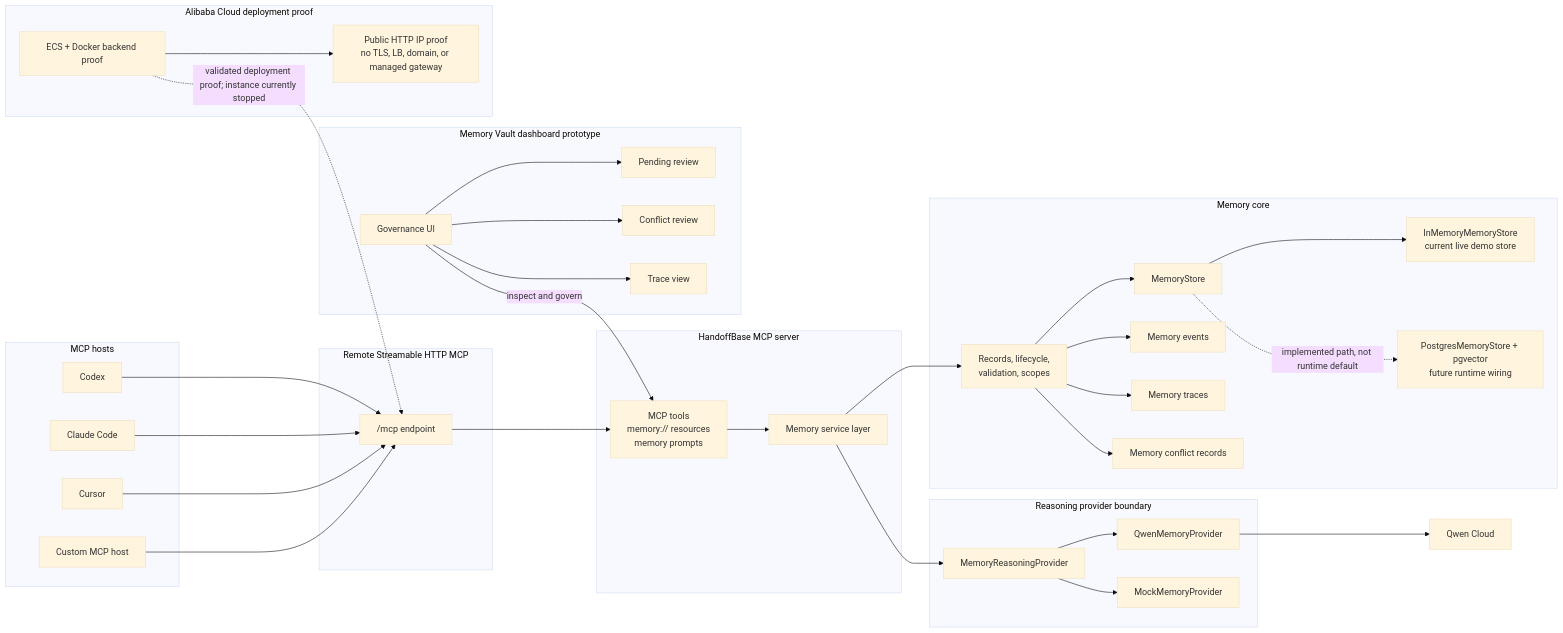
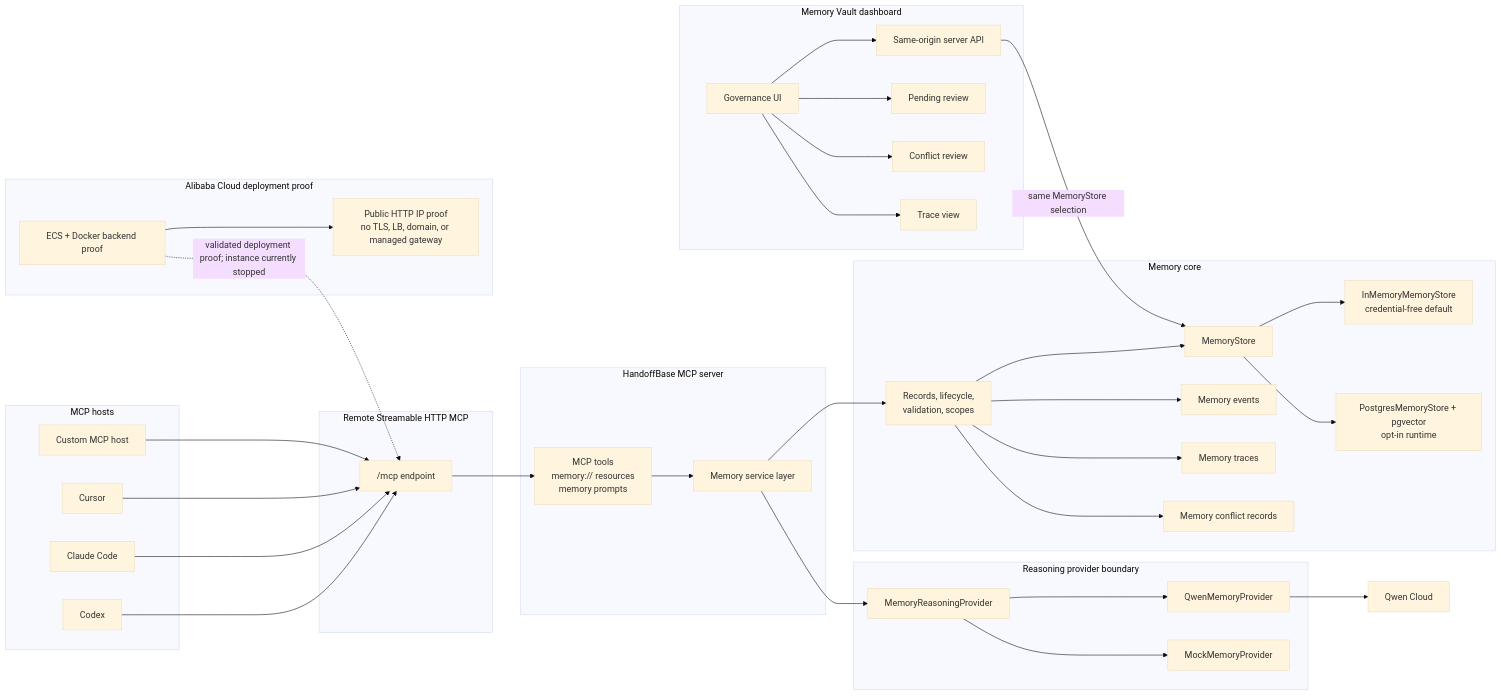
One commit to jensonChow/handoffbase changed the diagram in docs/architecture.md. Above: the diagram before and after it, drawn with Mermaid (base theme). The commit also changed other lines of this file and 55 other files, not shown here.

````diff
--- a/docs/architecture.md
+++ b/docs/architecture.md
@@ -17,74 +18,76 @@
 ```mermaid
 flowchart LR
   subgraph Hosts["MCP hosts"]
     Codex["Codex"]
     Claude["Claude Code"]
     Cursor["Cursor"]
     Custom["Custom MCP host"]
   end
 
   subgraph Remote["Remote Streamable HTTP MCP"]
     Endpoint["/mcp endpoint"]
   end
 
   subgraph ServerLayer["HandoffBase MCP server"]
     Surface["MCP tools<br/>memory:// resources<br/>memory prompts"]
     Service["Memory service layer"]
   end
 
   subgraph ProviderLayer["Reasoning provider boundary"]
     ProviderBoundary["MemoryReasoningProvider"]
     QwenProvider["QwenMemoryProvider"]
     MockProvider["MockMemoryProvider"]
   end
 
   subgraph CoreLayer["Memory core"]
     Core["Records, lifecycle,<br/>validation, scopes"]
     Store["MemoryStore"]
-    InMemory["InMemoryMemoryStore<br/>current live demo store"]
-    Postgres["PostgresMemoryStore + pgvector<br/>future runtime wiring"]
+    InMemory["InMemoryMemoryStore<br/>credential-free default"]
+    Postgres["PostgresMemoryStore + pgvector<br/>opt-in runtime"]
     Events["Memory events"]
     Trace["Memory traces"]
     Conflicts["Memory conflict records"]
   end
 
-  subgraph DashboardLayer["Memory Vault dashboard prototype"]
+  subgraph DashboardLayer["Memory Vault dashboard"]
     Dashboard["Governance UI"]
+    DashboardAPI["Same-origin server API"]
     Pending["Pending review"]
     ConflictReview["Conflict review"]
     TraceView["Trace view"]
   end
 
   subgraph CloudProof["Alibaba Cloud deployment proof"]
     ECS["ECS + Docker backend proof"]
     Limits["Public HTTP IP proof<br/>no TLS, LB, domain, or managed gateway"]
   end
 
   Codex --> Endpoint
   Claude --> Endpoint
   Cursor --> Endpoint
   Custom --> Endpoint
   Endpoint --> Surface
   Surface --> Service
 
   Service --> ProviderBoundary
   ProviderBoundary --> QwenProvider
   ProviderBoundary --> MockProvider
   QwenProvider --> QwenCloud["Qwen Cloud"]
 
   Service --> Core
   Core --> Store
   Store --> InMemory
-  Store -. "implemented path, not runtime default" .-> Postgres
+  Store --> Postgres
   Core --> Events
   Core --> Trace
   Core --> Conflicts
 
-  Dashboard -->|inspect and govern| Surface
+  Dashboard --> DashboardAPI
+  DashboardAPI -->|same MemoryStore selection| Store
   Dashboard --> Pending
   Dashboard --> ConflictReview
   Dashboard --> TraceView
 
   ECS -. "validated deployment proof; instance currently stopped" .-> Endpoint
   ECS --> Limits
 ```
````
